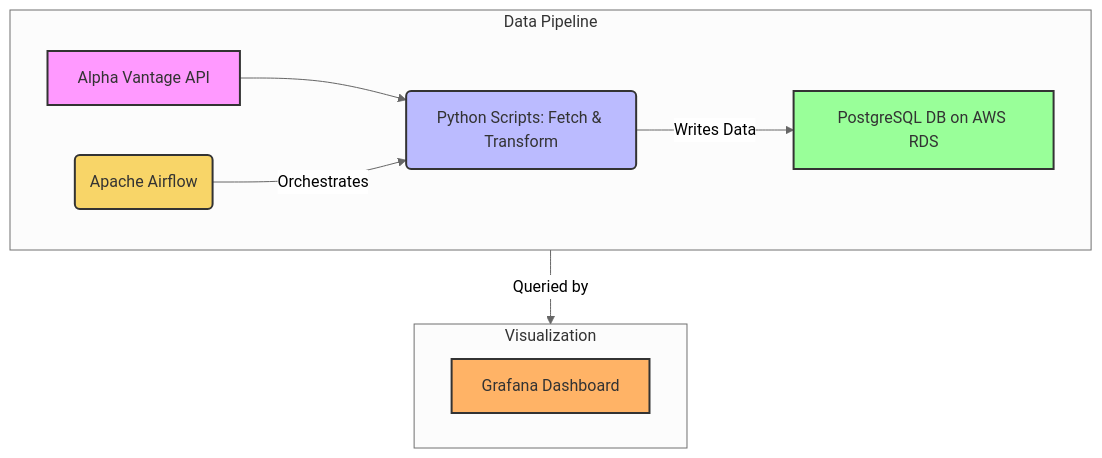
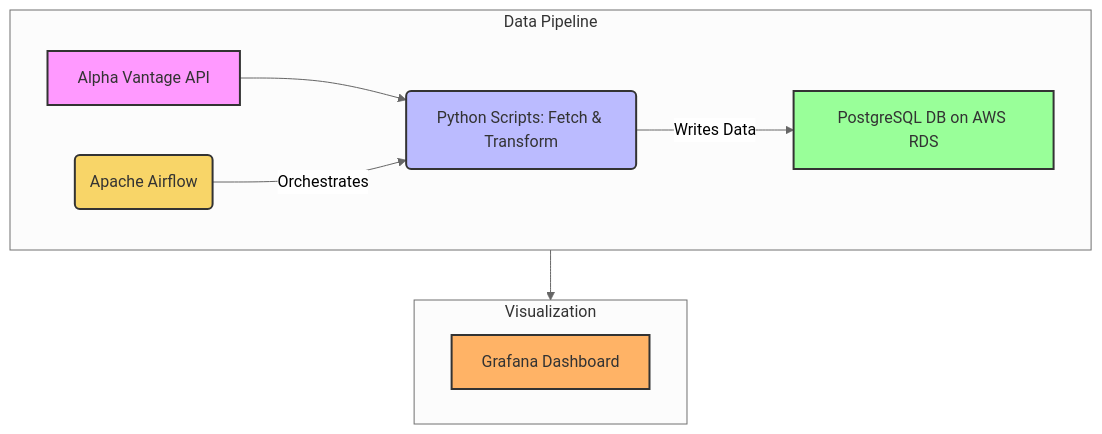
The diagram in README.md (thegirlcoderr/stock-data-pipeline), drawn with Mermaid (neutral theme) before and after one commit.

Commit message:
README update

````diff
--- a/README.md
+++ b/README.md
@@ -7,26 +7,21 @@
 ```mermaid
 graph TD
-    A[Alpha Vantage API] --> B(Python Scripts: Fetch & Transform);
-    C(Apache Airflow) -- Orchestrates --> B;
-    B -- Writes Data --> D[PostgreSQL DB on AWS RDS];
-    D -- Queried by --> E[Grafana Dashboard];
-
     subgraph "Data Pipeline"
         direction LR
-        A
-        B
-        C
-        D
+        A[Alpha Vantage API] --> B(Python Scripts: Fetch & Transform)
+        C(Apache Airflow) -- Orchestrates --> B
+        B -- Writes Data --> D[PostgreSQL DB on AWS RDS]
     end
 
     subgraph "Visualization"
         direction LR
-        E
+        D --> E[Grafana Dashboard]
     end
 
     style A fill:#f9f,stroke:#333,stroke-width:2px,color:#333
     style B fill:#bbf,stroke:#333,stroke-width:2px,color:#333
     style C fill:#f8d568,stroke:#333,stroke-width:2px,color:#333
     style D fill:#9f9,stroke:#333,stroke-width:2px,color:#333
     style E fill:#ffb366,stroke:#333,stroke-width:2px,color:#333
+
 ```
````
